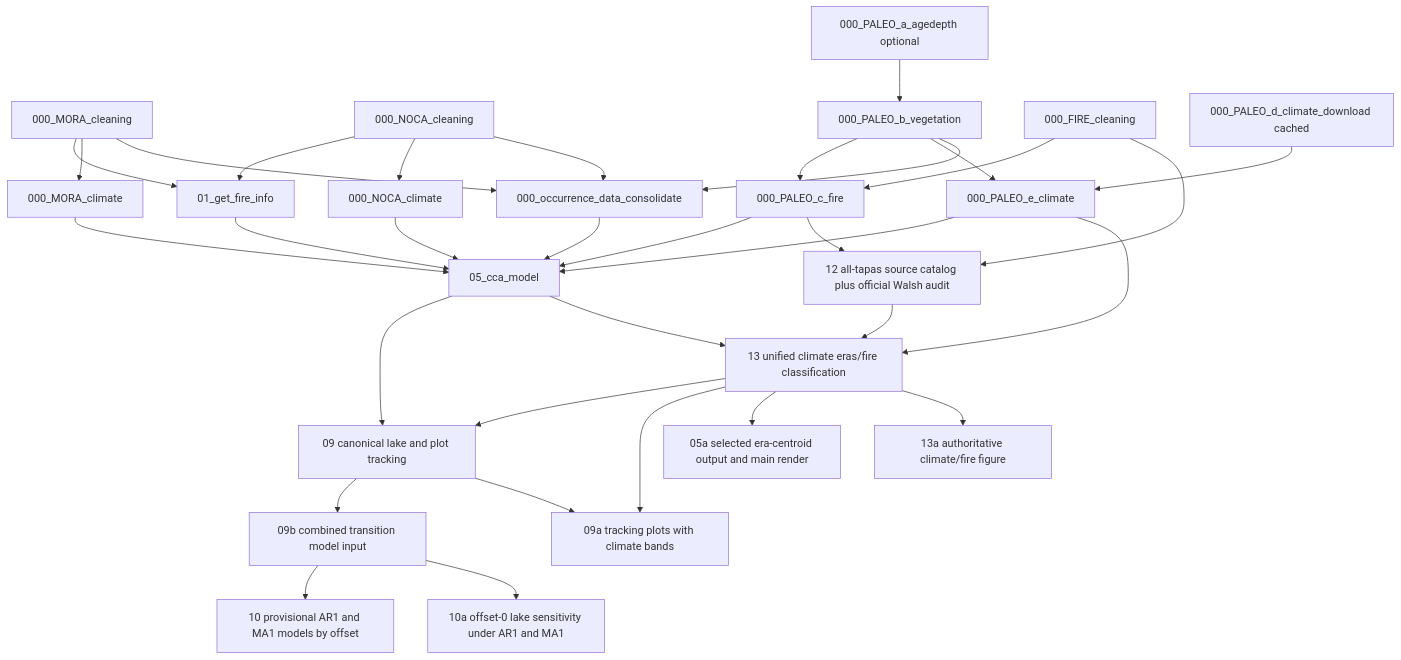
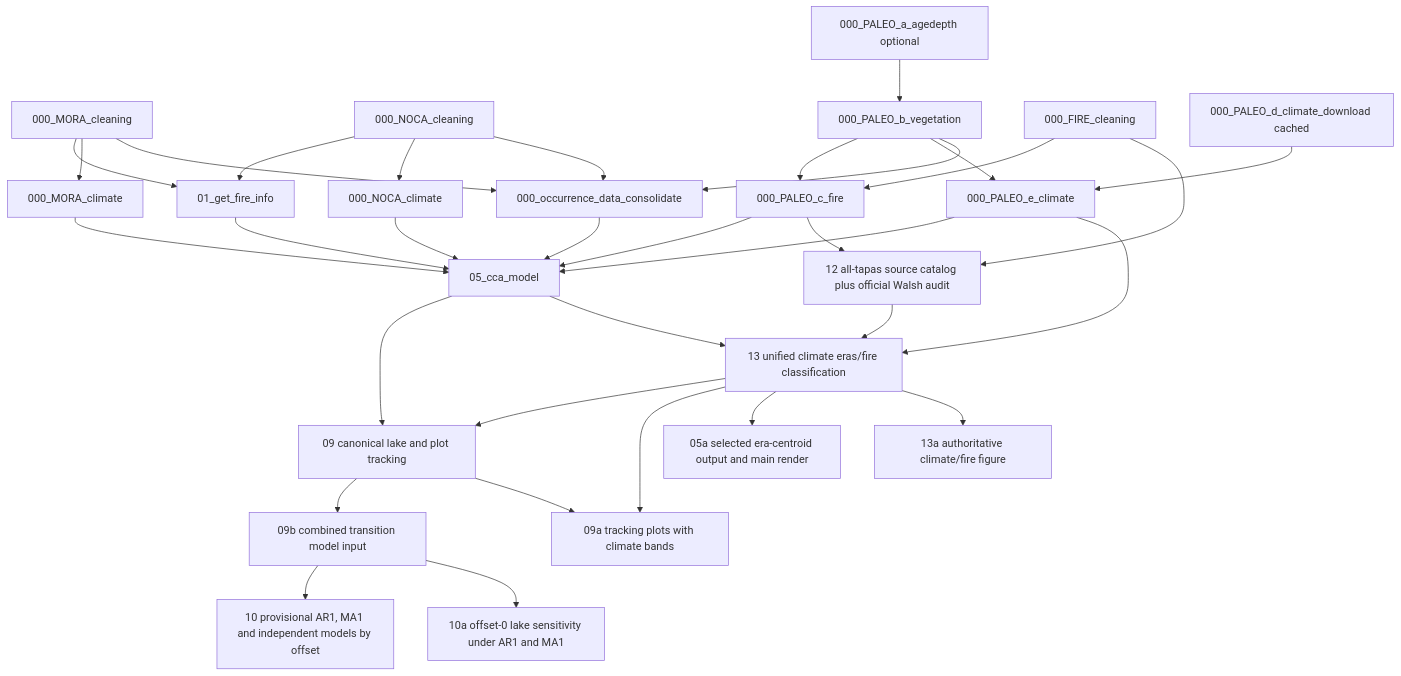
Before and after one commit to billurbektas/PaleoACES: the diagram in docs/WORKFLOW.md, drawn with Mermaid. The commit also changed other lines of this file and 31 other files, not shown here.

Commit message:
Compare offset GLS covariance candidates using AIC

````diff
--- a/docs/WORKFLOW.md
+++ b/docs/WORKFLOW.md
@@ -74,35 +74,35 @@
 ```mermaid
 flowchart TD
   MV[000_MORA_cleaning] --> AF[01_get_fire_info]
   NV[000_NOCA_cleaning] --> AF
   MV --> MC[000_MORA_climate]
   NV --> NC[000_NOCA_climate]
   BA[000_PALEO_a_agedepth optional] --> PV[000_PALEO_b_vegetation]
   FW[000_FIRE_cleaning] --> PF[000_PALEO_c_fire]
   PV --> PF
   PD[000_PALEO_d_climate_download cached] --> PE[000_PALEO_e_climate]
   PV --> PE
   MV --> OC[000_occurrence_data_consolidate]
   NV --> OC
   PV --> OC
   OC --> CCA[05_cca_model]
   MC --> CCA
   NC --> CCA
   PE --> CCA
   AF --> CCA
   PF --> CCA
   CCA --> TM1[09 canonical lake and plot tracking]
   FW --> WR[12 all-tapas source catalog plus official Walsh audit]
   PF --> WR
   CCA --> ER[13 unified climate eras/fire classification]
   ER --> TM1
   TM1 --> MD[09b combined transition model input]
-  MD --> GLS[10 provisional AR1 and MA1 models by offset]
+  MD --> GLS[10 provisional AR1, MA1 and independent models by offset]
   MD --> LS[10a offset-0 lake sensitivity under AR1 and MA1]
   TM1 --> TV[09a tracking plots with climate bands]
   ER --> TV
   PE --> ER
   WR --> ER
   ER --> CA[05a selected era-centroid output and main render]
   ER --> CF[13a authoritative climate/fire figure]
 ```
````
